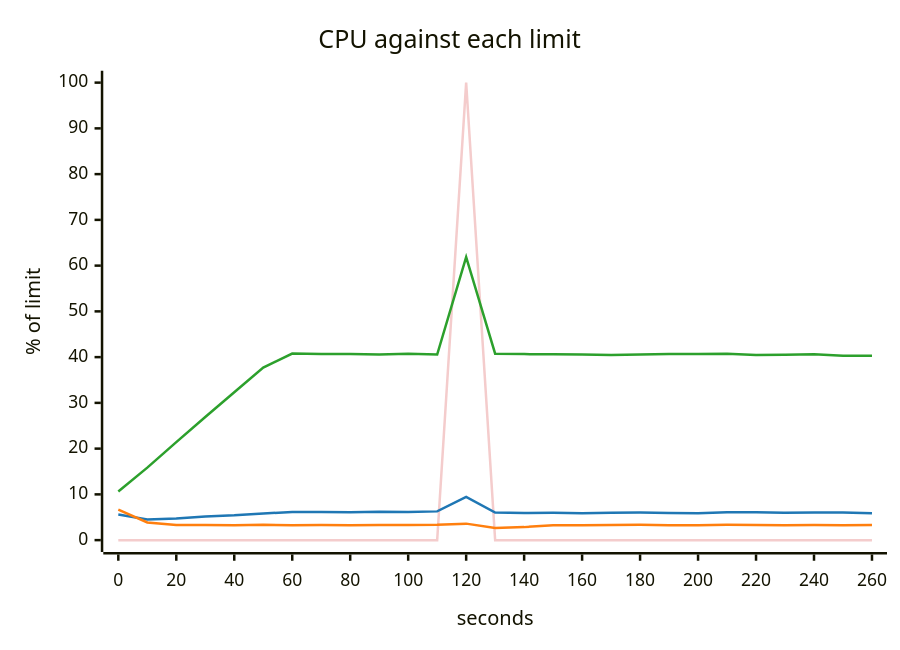
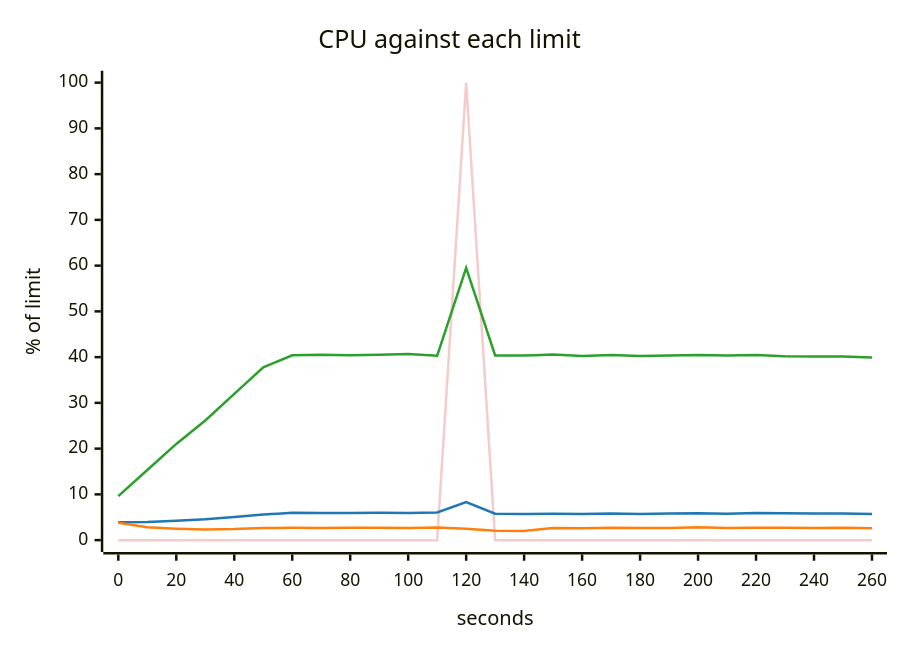
One commit to akinfemi/load-lore changed the fifth of 5 diagrams in scenarios/slow-dependency/solutions/fewer-retries/report.md. Above: the diagram before and after it, drawn with Mermaid. The commit also changed other lines of this file and 71 other files, not shown here.

````diff
--- a/scenarios/slow-dependency/solutions/fewer-retries/report.md
+++ b/scenarios/slow-dependency/solutions/fewer-retries/report.md
@@ -99,17 +99,17 @@
 ```mermaid
 ---
 config:
   themeVariables:
     xyChart:
       backgroundColor: "transparent"
       plotColorPalette: "#f4cccc, #1f77b4, #ff7f0e, #2ca02c"
 ---
 xychart-beta
     title "CPU against each limit"
     x-axis "seconds" 0 --> 260
     y-axis "% of limit" 0 --> 100
     line [0, 0, 0, 0, 0, 0, 0, 0, 0, 0, 0, 0, 100, 0, 0, 0, 0, 0, 0, 0, 0, 0, 0, 0, 0, 0, 0]
-    line [5.586, 4.523, 4.706, 5.169, 5.411, 5.801, 6.166, 6.134, 6.084, 6.208, 6.142, 6.283, 9.473, 6.043, 5.915, 5.96, 5.892, 5.996, 6.015, 5.945, 5.87, 6.11, 6.071, 5.995, 6.026, 6.057, 5.889]
-    line [6.669, 3.86, 3.307, 3.282, 3.231, 3.357, 3.259, 3.289, 3.269, 3.29, 3.303, 3.353, 3.605, 2.677, 2.842, 3.263, 3.246, 3.296, 3.337, 3.251, 3.276, 3.345, 3.279, 3.26, 3.307, 3.262, 3.325]
-    line [10.62, 15.844, 21.414, 26.923, 32.326, 37.714, 40.775, 40.71, 40.678, 40.576, 40.725, 40.555, 61.868, 40.744, 40.66, 40.614, 40.582, 40.474, 40.562, 40.705, 40.686, 40.724, 40.483, 40.498, 40.626, 40.284, 40.324]
+    line [3.93, 3.972, 4.247, 4.553, 5.073, 5.586, 5.989, 5.945, 5.934, 5.974, 5.955, 6.042, 8.318, 5.765, 5.705, 5.747, 5.709, 5.813, 5.692, 5.811, 5.89, 5.769, 5.94, 5.869, 5.812, 5.832, 5.736]
+    line [3.783, 2.797, 2.485, 2.312, 2.406, 2.658, 2.701, 2.667, 2.694, 2.695, 2.674, 2.777, 2.482, 2.023, 2.009, 2.642, 2.597, 2.689, 2.634, 2.653, 2.798, 2.645, 2.726, 2.685, 2.626, 2.691, 2.604]
+    line [9.624, 15.326, 21.025, 26.143, 31.982, 37.792, 40.399, 40.492, 40.397, 40.503, 40.68, 40.302, 59.503, 40.376, 40.346, 40.576, 40.231, 40.444, 40.253, 40.354, 40.443, 40.354, 40.44, 40.185, 40.128, 40.143, 39.903]
 ```
````
